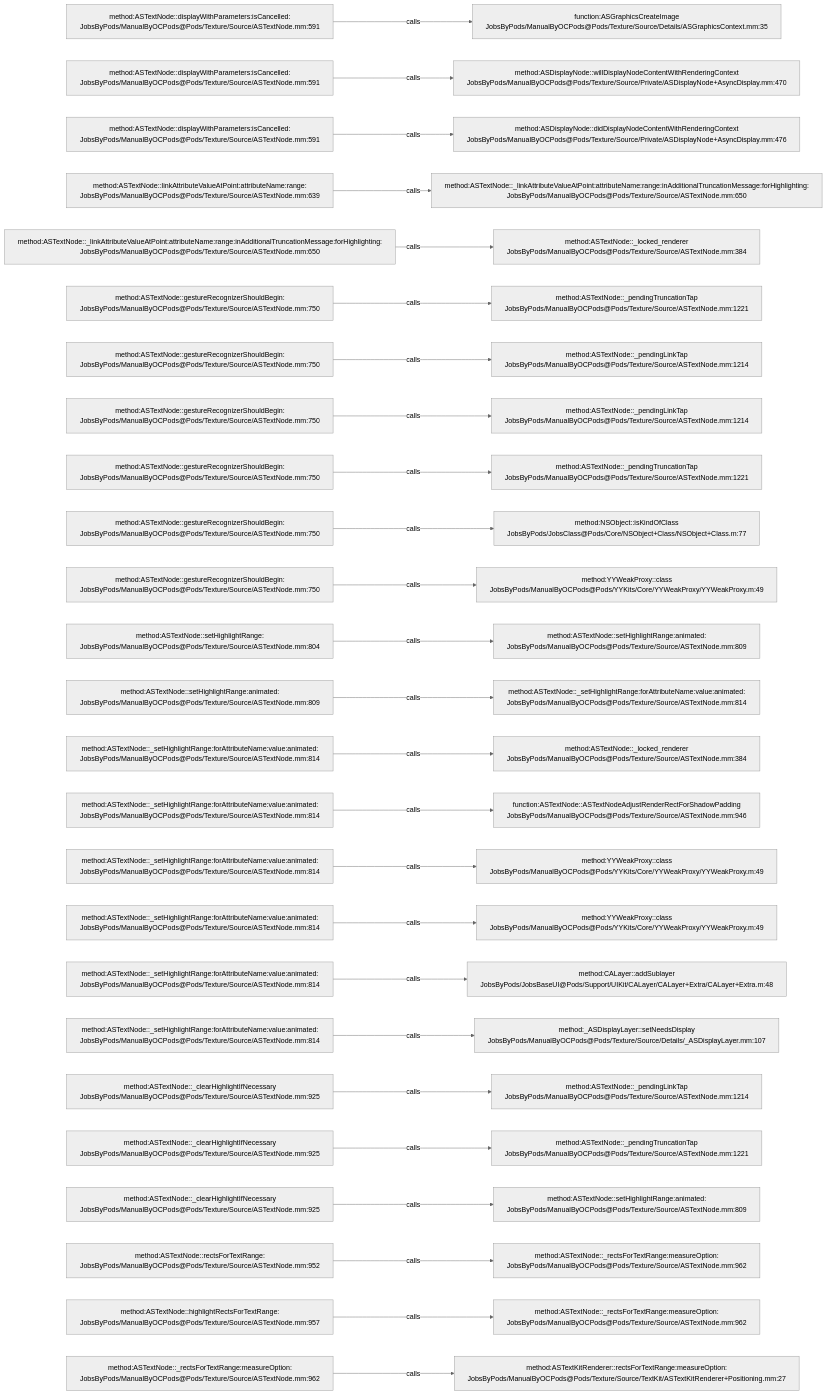
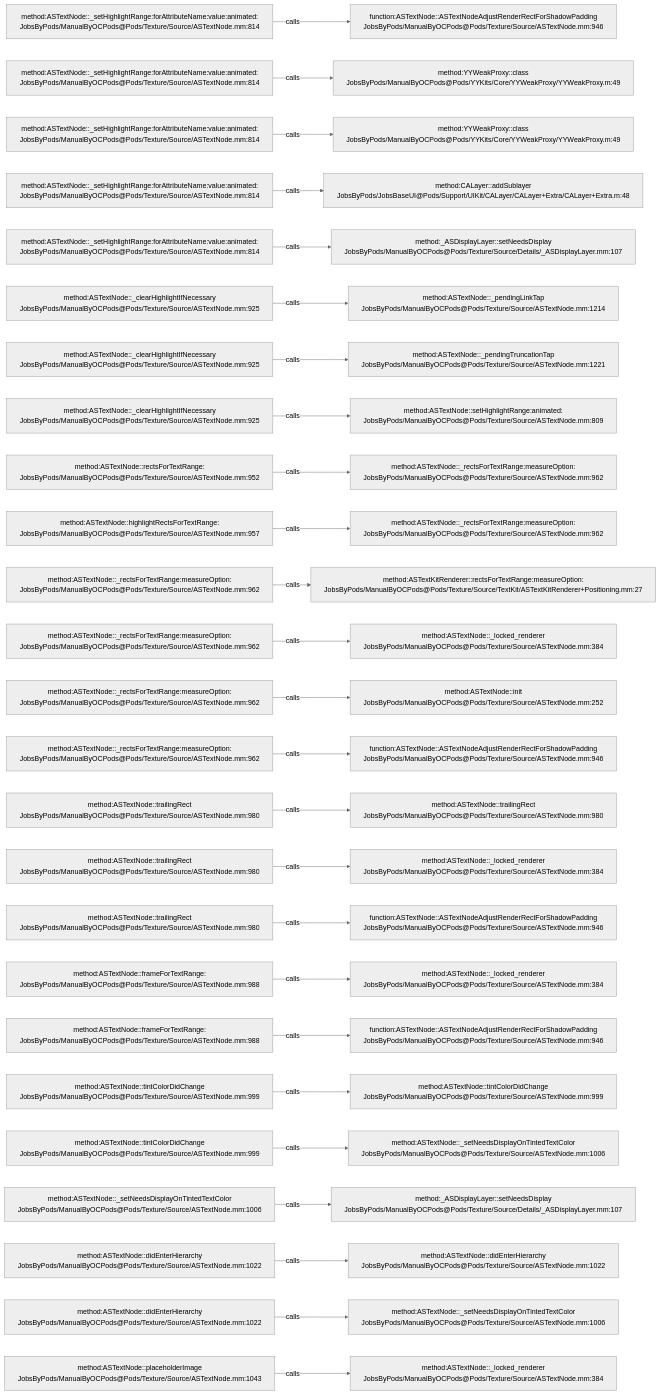
Before and after one commit to JobsKits/JobsOCBaseConfigDemo: the diagram in .codegraph/codegraph.md/graphs/calls-137.md, drawn with Mermaid (neutral theme). The commit also changed 296 other files, not shown here.

````diff
--- a/.codegraph/codegraph.md/graphs/calls-137.md
+++ b/.codegraph/codegraph.md/graphs/calls-137.md
@@ -13,78 +13,78 @@
 ```mermaid
 flowchart LR
-  S1["method:ASTextNode::displayWithParameters:isCancelled:<br/>JobsByPods/ManualByOCPods@Pods/Texture/Source/ASTextNode.mm:591"]
-  T1["function:ASGraphicsCreateImage<br/>JobsByPods/ManualByOCPods@Pods/Texture/Source/Details/ASGraphicsContext.mm:35"]
+  S1["method:ASTextNode::_setHighlightRange:forAttributeName:value:animated:<br/>JobsByPods/ManualByOCPods@Pods/Texture/Source/ASTextNode.mm:814"]
+  T1["function:ASTextNode::ASTextNodeAdjustRenderRectForShadowPadding<br/>JobsByPods/ManualByOCPods@Pods/Texture/Source/ASTextNode.mm:946"]
   S1 -->|calls| T1
-  S2["method:ASTextNode::displayWithParameters:isCancelled:<br/>JobsByPods/ManualByOCPods@Pods/Texture/Source/ASTextNode.mm:591"]
-  T2["method:ASDisplayNode::willDisplayNodeContentWithRenderingContext<br/>JobsByPods/ManualByOCPods@Pods/Texture/Source/Private/ASDisplayNode+AsyncDisplay.mm:470"]
+  S2["method:ASTextNode::_setHighlightRange:forAttributeName:value:animated:<br/>JobsByPods/ManualByOCPods@Pods/Texture/Source/ASTextNode.mm:814"]
+  T2["method:YYWeakProxy::class<br/>JobsByPods/ManualByOCPods@Pods/YYKits/Core/YYWeakProxy/YYWeakProxy.m:49"]
   S2 -->|calls| T2
-  S3["method:ASTextNode::displayWithParameters:isCancelled:<br/>JobsByPods/ManualByOCPods@Pods/Texture/Source/ASTextNode.mm:591"]
-  T3["method:ASDisplayNode::didDisplayNodeContentWithRenderingContext<br/>JobsByPods/ManualByOCPods@Pods/Texture/Source/Private/ASDisplayNode+AsyncDisplay.mm:476"]
+  S3["method:ASTextNode::_setHighlightRange:forAttributeName:value:animated:<br/>JobsByPods/ManualByOCPods@Pods/Texture/Source/ASTextNode.mm:814"]
+  T3["method:YYWeakProxy::class<br/>JobsByPods/ManualByOCPods@Pods/YYKits/Core/YYWeakProxy/YYWeakProxy.m:49"]
   S3 -->|calls| T3
-  S4["method:ASTextNode::linkAttributeValueAtPoint:attributeName:range:<br/>JobsByPods/ManualByOCPods@Pods/Texture/Source/ASTextNode.mm:639"]
-  T4["method:ASTextNode::_linkAttributeValueAtPoint:attributeName:range:inAdditionalTruncationMessage:forHighlighting:<br/>JobsByPods/ManualByOCPods@Pods/Texture/Source/ASTextNode.mm:650"]
+  S4["method:ASTextNode::_setHighlightRange:forAttributeName:value:animated:<br/>JobsByPods/ManualByOCPods@Pods/Texture/Source/ASTextNode.mm:814"]
+  T4["method:CALayer::addSublayer<br/>JobsByPods/JobsBaseUI@Pods/Support/UIKit/CALayer/CALayer+Extra/CALayer+Extra.m:48"]
   S4 -->|calls| T4
-  S5["method:ASTextNode::_linkAttributeValueAtPoint:attributeName:range:inAdditionalTruncationMessage:forHighlighting:<br/>JobsByPods/ManualByOCPods@Pods/Texture/Source/ASTextNode.mm:650"]
-  T5["method:ASTextNode::_locked_renderer<br/>JobsByPods/ManualByOCPods@Pods/Texture/Source/ASTextNode.mm:384"]
+  S5["method:ASTextNode::_setHighlightRange:forAttributeName:value:animated:<br/>JobsByPods/ManualByOCPods@Pods/Texture/Source/ASTextNode.mm:814"]
+  T5["method:_ASDisplayLayer::setNeedsDisplay<br/>JobsByPods/ManualByOCPods@Pods/Texture/Source/Details/_ASDisplayLayer.mm:107"]
   S5 -->|calls| T5
-  S6["method:ASTextNode::gestureRecognizerShouldBegin:<br/>JobsByPods/ManualByOCPods@Pods/Texture/Source/ASTextNode.mm:750"]
-  T6["method:ASTextNode::_pendingTruncationTap<br/>JobsByPods/ManualByOCPods@Pods/Texture/Source/ASTextNode.mm:1221"]
+  S6["method:ASTextNode::_clearHighlightIfNecessary<br/>JobsByPods/ManualByOCPods@Pods/Texture/Source/ASTextNode.mm:925"]
+  T6["method:ASTextNode::_pendingLinkTap<br/>JobsByPods/ManualByOCPods@Pods/Texture/Source/ASTextNode.mm:1214"]
   S6 -->|calls| T6
-  S7["method:ASTextNode::gestureRecognizerShouldBegin:<br/>JobsByPods/ManualByOCPods@Pods/Texture/Source/ASTextNode.mm:750"]
-  T7["method:ASTextNode::_pendingLinkTap<br/>JobsByPods/ManualByOCPods@Pods/Texture/Source/ASTextNode.mm:1214"]
+  S7["method:ASTextNode::_clearHighlightIfNecessary<br/>JobsByPods/ManualByOCPods@Pods/Texture/Source/ASTextNode.mm:925"]
+  T7["method:ASTextNode::_pendingTruncationTap<br/>JobsByPods/ManualByOCPods@Pods/Texture/Source/ASTextNode.mm:1221"]
   S7 -->|calls| T7
-  S8["method:ASTextNode::gestureRecognizerShouldBegin:<br/>JobsByPods/ManualByOCPods@Pods/Texture/Source/ASTextNode.mm:750"]
-  T8["method:ASTextNode::_pendingLinkTap<br/>JobsByPods/ManualByOCPods@Pods/Texture/Source/ASTextNode.mm:1214"]
+  S8["method:ASTextNode::_clearHighlightIfNecessary<br/>JobsByPods/ManualByOCPods@Pods/Texture/Source/ASTextNode.mm:925"]
+  T8["method:ASTextNode::setHighlightRange:animated:<br/>JobsByPods/ManualByOCPods@Pods/Texture/Source/ASTextNode.mm:809"]
   S8 -->|calls| T8
-  S9["method:ASTextNode::gestureRecognizerShouldBegin:<br/>JobsByPods/ManualByOCPods@Pods/Texture/Source/ASTextNode.mm:750"]
-  T9["method:ASTextNode::_pendingTruncationTap<br/>JobsByPods/ManualByOCPods@Pods/Texture/Source/ASTextNode.mm:1221"]
+  S9["method:ASTextNode::rectsForTextRange:<br/>JobsByPods/ManualByOCPods@Pods/Texture/Source/ASTextNode.mm:952"]
+  T9["method:ASTextNode::_rectsForTextRange:measureOption:<br/>JobsByPods/ManualByOCPods@Pods/Texture/Source/ASTextNode.mm:962"]
   S9 -->|calls| T9
-  S10["method:ASTextNode::gestureRecognizerShouldBegin:<br/>JobsByPods/ManualByOCPods@Pods/Texture/Source/ASTextNode.mm:750"]
-  T10["method:NSObject::isKindOfClass<br/>JobsByPods/JobsClass@Pods/Core/NSObject+Class/NSObject+Class.m:77"]
+  S10["method:ASTextNode::highlightRectsForTextRange:<br/>JobsByPods/ManualByOCPods@Pods/Texture/Source/ASTextNode.mm:957"]
+  T10["method:ASTextNode::_rectsForTextRange:measureOption:<br/>JobsByPods/ManualByOCPods@Pods/Texture/Source/ASTextNode.mm:962"]
   S10 -->|calls| T10
-  S11["method:ASTextNode::gestureRecognizerShouldBegin:<br/>JobsByPods/ManualByOCPods@Pods/Texture/Source/ASTextNode.mm:750"]
-  T11["method:YYWeakProxy::class<br/>JobsByPods/ManualByOCPods@Pods/YYKits/Core/YYWeakProxy/YYWeakProxy.m:49"]
+  S11["method:ASTextNode::_rectsForTextRange:measureOption:<br/>JobsByPods/ManualByOCPods@Pods/Texture/Source/ASTextNode.mm:962"]
+  T11["method:ASTextKitRenderer::rectsForTextRange:measureOption:<br/>JobsByPods/ManualByOCPods@Pods/Texture/Source/TextKit/ASTextKitRenderer+Positioning.mm:27"]
   S11 -->|calls| T11
-  S12["method:ASTextNode::setHighlightRange:<br/>JobsByPods/ManualByOCPods@Pods/Texture/Source/ASTextNode.mm:804"]
-  T12["method:ASTextNode::setHighlightRange:animated:<br/>JobsByPods/ManualByOCPods@Pods/Texture/Source/ASTextNode.mm:809"]
+  S12["method:ASTextNode::_rectsForTextRange:measureOption:<br/>JobsByPods/ManualByOCPods@Pods/Texture/Source/ASTextNode.mm:962"]
+  T12["method:ASTextNode::_locked_renderer<br/>JobsByPods/ManualByOCPods@Pods/Texture/Source/ASTextNode.mm:384"]
   S12 -->|calls| T12
-  S13["method:ASTextNode::setHighlightRange:animated:<br/>JobsByPods/ManualByOCPods@Pods/Texture/Source/ASTextNode.mm:809"]
-  T13["method:ASTextNode::_setHighlightRange:forAttributeName:value:animated:<br/>JobsByPods/ManualByOCPods@Pods/Texture/Source/ASTextNode.mm:814"]
+  S13["method:ASTextNode::_rectsForTextRange:measureOption:<br/>JobsByPods/ManualByOCPods@Pods/Texture/Source/ASTextNode.mm:962"]
+  T13["method:ASTextNode::init<br/>JobsByPods/ManualByOCPods@Pods/Texture/Source/ASTextNode.mm:252"]
   S13 -->|calls| T13
-  S14["method:ASTextNode::_setHighlightRange:forAttributeName:value:animated:<br/>JobsByPods/ManualByOCPods@Pods/Texture/Source/ASTextNode.mm:814"]
-  T14["method:ASTextNode::_locked_renderer<br/>JobsByPods/ManualByOCPods@Pods/Texture/Source/ASTextNode.mm:384"]
+  S14["method:ASTextNode::_rectsForTextRange:measureOption:<br/>JobsByPods/ManualByOCPods@Pods/Texture/Source/ASTextNode.mm:962"]
+  T14["function:ASTextNode::ASTextNodeAdjustRenderRectForShadowPadding<br/>JobsByPods/ManualByOCPods@Pods/Texture/Source/ASTextNode.mm:946"]
   S14 -->|calls| T14
-  S15["method:ASTextNode::_setHighlightRange:forAttributeName:value:animated:<br/>JobsByPods/ManualByOCPods@Pods/Texture/Source/ASTextNode.mm:814"]
-  T15["function:ASTextNode::ASTextNodeAdjustRenderRectForShadowPadding<br/>JobsByPods/ManualByOCPods@Pods/Texture/Source/ASTextNode.mm:946"]
+  S15["method:ASTextNode::trailingRect<br/>JobsByPods/ManualByOCPods@Pods/Texture/Source/ASTextNode.mm:980"]
+  T15["method:ASTextNode::trailingRect<br/>JobsByPods/ManualByOCPods@Pods/Texture/Source/ASTextNode.mm:980"]
   S15 -->|calls| T15
-  S16["method:ASTextNode::_setHighlightRange:forAttributeName:value:animated:<br/>JobsByPods/ManualByOCPods@Pods/Texture/Source/ASTextNode.mm:814"]
-  T16["method:YYWeakProxy::class<br/>JobsByPods/ManualByOCPods@Pods/YYKits/Core/YYWeakProxy/YYWeakProxy.m:49"]
+  S16["method:ASTextNode::trailingRect<br/>JobsByPods/ManualByOCPods@Pods/Texture/Source/ASTextNode.mm:980"]
+  T16["method:ASTextNode::_locked_renderer<br/>JobsByPods/ManualByOCPods@Pods/Texture/Source/ASTextNode.mm:384"]
   S16 -->|calls| T16
-  S17["method:ASTextNode::_setHighlightRange:forAttributeName:value:animated:<br/>JobsByPods/ManualByOCPods@Pods/Texture/Source/ASTextNode.mm:814"]
-  T17["method:YYWeakProxy::class<br/>JobsByPods/ManualByOCPods@Pods/YYKits/Core/YYWeakProxy/YYWeakProxy.m:49"]
+  S17["method:ASTextNode::trailingRect<br/>JobsByPods/ManualByOCPods@Pods/Texture/Source/ASTextNode.mm:980"]
+  T17["function:ASTextNode::ASTextNodeAdjustRenderRectForShadowPadding<br/>JobsByPods/ManualByOCPods@Pods/Texture/Source/ASTextNode.mm:946"]
   S17 -->|calls| T17
-  S18["method:ASTextNode::_setHighlightRange:forAttributeName:value:animated:<br/>JobsByPods/ManualByOCPods@Pods/Texture/Source/ASTextNode.mm:814"]
-  T18["method:CALayer::addSublayer<br/>JobsByPods/JobsBaseUI@Pods/Support/UIKit/CALayer/CALayer+Extra/CALayer+Extra.m:48"]
+  S18["method:ASTextNode::frameForTextRange:<br/>JobsByPods/ManualByOCPods@Pods/Texture/Source/ASTextNode.mm:988"]
+  T18["method:ASTextNode::_locked_renderer<br/>JobsByPods/ManualByOCPods@Pods/Texture/Source/ASTextNode.mm:384"]
   S18 -->|calls| T18
-  S19["method:ASTextNode::_setHighlightRange:forAttributeName:value:animated:<br/>JobsByPods/ManualByOCPods@Pods/Texture/Source/ASTextNode.mm:814"]
-  T19["method:_ASDisplayLayer::setNeedsDisplay<br/>JobsByPods/ManualByOCPods@Pods/Texture/Source/Details/_ASDisplayLayer.mm:107"]
+  S19["method:ASTextNode::frameForTextRange:<br/>JobsByPods/ManualByOCPods@Pods/Texture/Source/ASTextNode.mm:988"]
+  T19["function:ASTextNode::ASTextNodeAdjustRenderRectForShadowPadding<br/>JobsByPods/ManualByOCPods@Pods/Texture/Source/ASTextNode.mm:946"]
   S19 -->|calls| T19
-  S20["method:ASTextNode::_clearHighlightIfNecessary<br/>JobsByPods/ManualByOCPods@Pods/Texture/Source/ASTextNode.mm:925"]
-  T20["method:ASTextNode::_pendingLinkTap<br/>JobsByPods/ManualByOCPods@Pods/Texture/Source/ASTextNode.mm:1214"]
+  S20["method:ASTextNode::tintColorDidChange<br/>JobsByPods/ManualByOCPods@Pods/Texture/Source/ASTextNode.mm:999"]
+  T20["method:ASTextNode::tintColorDidChange<br/>JobsByPods/ManualByOCPods@Pods/Texture/Source/ASTextNode.mm:999"]
   S20 -->|calls| T20
-  S21["method:ASTextNode::_clearHighlightIfNecessary<br/>JobsByPods/ManualByOCPods@Pods/Texture/Source/ASTextNode.mm:925"]
-  T21["method:ASTextNode::_pendingTruncationTap<br/>JobsByPods/ManualByOCPods@Pods/Texture/Source/ASTextNode.mm:1221"]
+  S21["method:ASTextNode::tintColorDidChange<br/>JobsByPods/ManualByOCPods@Pods/Texture/Source/ASTextNode.mm:999"]
+  T21["method:ASTextNode::_setNeedsDisplayOnTintedTextColor<br/>JobsByPods/ManualByOCPods@Pods/Texture/Source/ASTextNode.mm:1006"]
   S21 -->|calls| T21
-  S22["method:ASTextNode::_clearHighlightIfNecessary<br/>JobsByPods/ManualByOCPods@Pods/Texture/Source/ASTextNode.mm:925"]
-  T22["method:ASTextNode::setHighlightRange:animated:<br/>JobsByPods/ManualByOCPods@Pods/Texture/Source/ASTextNode.mm:809"]
+  S22["method:ASTextNode::_setNeedsDisplayOnTintedTextColor<br/>JobsByPods/ManualByOCPods@Pods/Texture/Source/ASTextNode.mm:1006"]
+  T22["method:_ASDisplayLayer::setNeedsDisplay<br/>JobsByPods/ManualByOCPods@Pods/Texture/Source/Details/_ASDisplayLayer.mm:107"]
   S22 -->|calls| T22
-  S23["method:ASTextNode::rectsForTextRange:<br/>JobsByPods/ManualByOCPods@Pods/Texture/Source/ASTextNode.mm:952"]
-  T23["method:ASTextNode::_rectsForTextRange:measureOption:<br/>JobsByPods/ManualByOCPods@Pods/Texture/Source/ASTextNode.mm:962"]
+  S23["method:ASTextNode::didEnterHierarchy<br/>JobsByPods/ManualByOCPods@Pods/Texture/Source/ASTextNode.mm:1022"]
+  T23["method:ASTextNode::didEnterHierarchy<br/>JobsByPods/ManualByOCPods@Pods/Texture/Source/ASTextNode.mm:1022"]
   S23 -->|calls| T23
-  S24["method:ASTextNode::highlightRectsForTextRange:<br/>JobsByPods/ManualByOCPods@Pods/Texture/Source/ASTextNode.mm:957"]
-  T24["method:ASTextNode::_rectsForTextRange:measureOption:<br/>JobsByPods/ManualByOCPods@Pods/Texture/Source/ASTextNode.mm:962"]
+  S24["method:ASTextNode::didEnterHierarchy<br/>JobsByPods/ManualByOCPods@Pods/Texture/Source/ASTextNode.mm:1022"]
+  T24["method:ASTextNode::_setNeedsDisplayOnTintedTextColor<br/>JobsByPods/ManualByOCPods@Pods/Texture/Source/ASTextNode.mm:1006"]
   S24 -->|calls| T24
-  S25["method:ASTextNode::_rectsForTextRange:measureOption:<br/>JobsByPods/ManualByOCPods@Pods/Texture/Source/ASTextNode.mm:962"]
-  T25["method:ASTextKitRenderer::rectsForTextRange:measureOption:<br/>JobsByPods/ManualByOCPods@Pods/Texture/Source/TextKit/ASTextKitRenderer+Positioning.mm:27"]
+  S25["method:ASTextNode::placeholderImage<br/>JobsByPods/ManualByOCPods@Pods/Texture/Source/ASTextNode.mm:1043"]
+  T25["method:ASTextNode::_locked_renderer<br/>JobsByPods/ManualByOCPods@Pods/Texture/Source/ASTextNode.mm:384"]
   S25 -->|calls| T25
 ```
````
